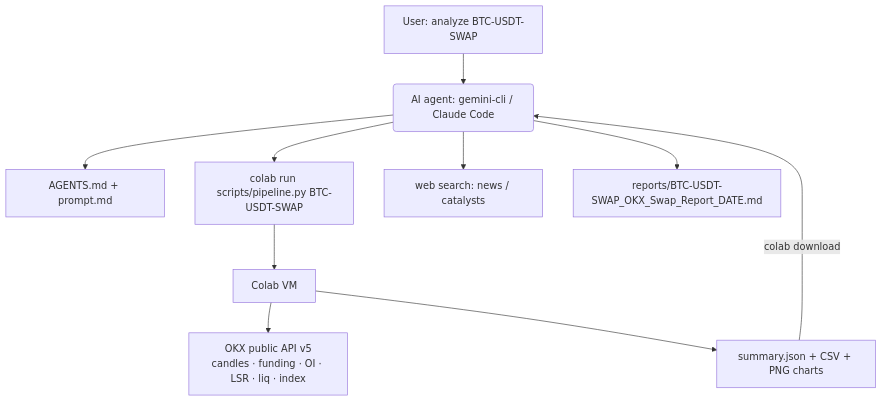
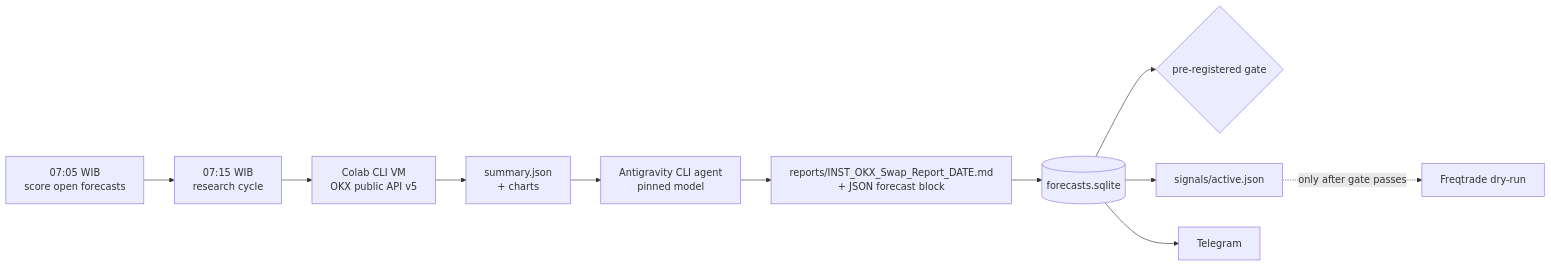
The diagram in README.md (crypmiy/vibe-trading-okx-futures), drawn with Mermaid before and after one commit. The commit also changed other lines of this file and 9 other files, not shown here.

Commit message:
Docs: README for OKX + Antigravity + protocol v2; agent rules; remove Gemini CLI config

````diff
--- a/README.md
+++ b/README.md
@@ -21,12 +29,13 @@
 ```mermaid
-graph TD
-    A[User: analyze BTC-USDT-SWAP] --> B(AI agent: gemini-cli / Claude Code)
-    B --> C[AGENTS.md + prompt.md]
-    B --> D[colab run scripts/pipeline.py BTC-USDT-SWAP]
-    D --> E[Colab VM]
-    E --> F[OKX public API v5\ncandles · funding · OI · LSR · liq · index]
-    E --> G[summary.json + CSV + PNG charts]
-    G -->|colab download| B
-    B --> H[web search: news / catalysts]
-    B --> I[reports/BTC-USDT-SWAP_OKX_Swap_Report_DATE.md]
+graph LR
+    T1[07:05 WIB<br/>score open forecasts] --> T2[07:15 WIB<br/>research cycle]
+    T2 --> D[Colab CLI VM<br/>OKX public API v5]
+    D --> S[summary.json<br/>+ charts]
+    S --> A[Antigravity CLI agent<br/>pinned model]
+    A --> R[reports/INST_OKX_Swap_Report_DATE.md<br/>+ JSON forecast block]
+    R --> L[(forecasts.sqlite)]
+    L --> G{pre-registered gate}
+    L --> X[signals/active.json]
+    X -. only after gate passes .-> F[Freqtrade dry-run]
+    L --> TG[Telegram]
 ```
````
